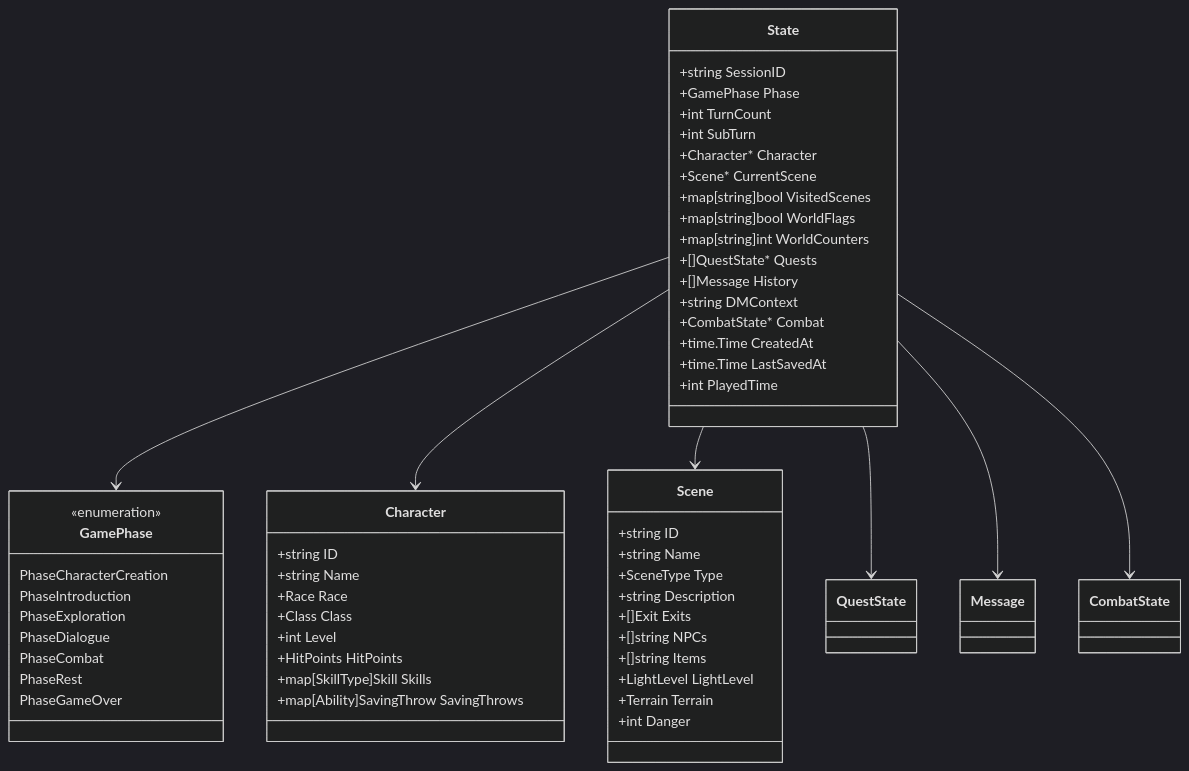
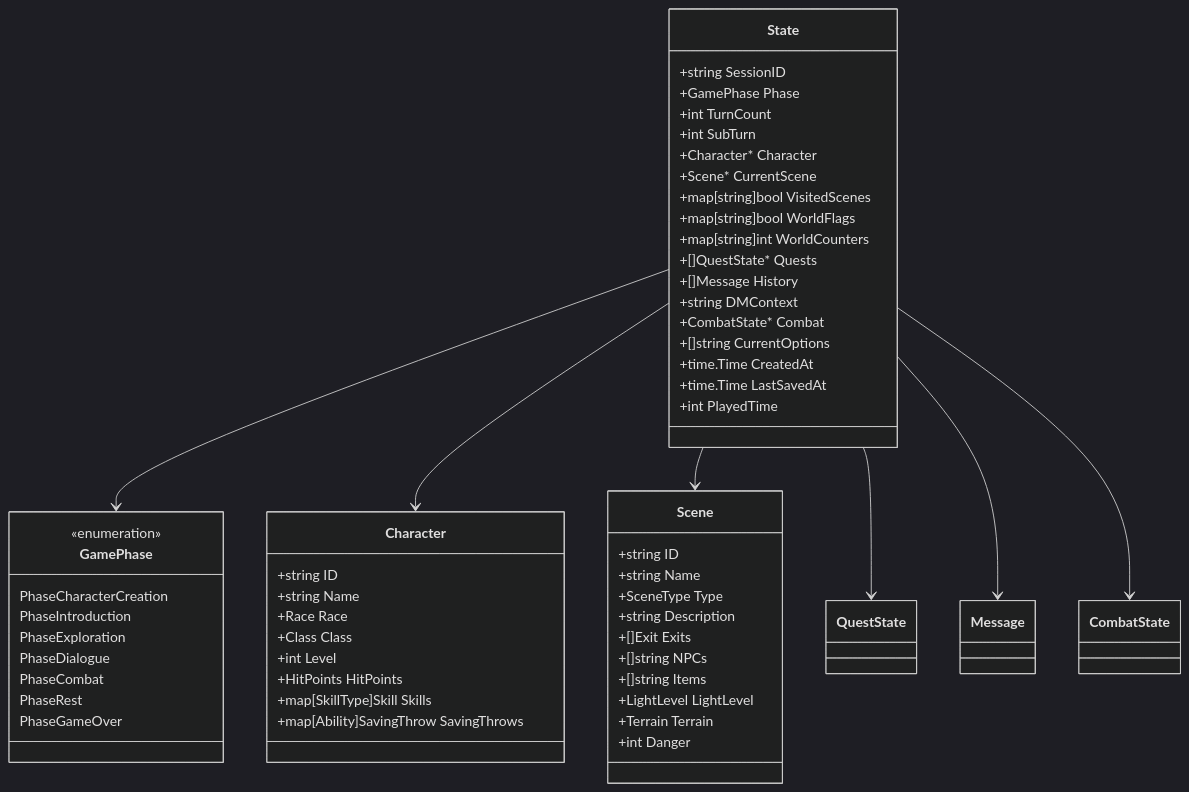
The second of 9 diagrams in .qoder/repowiki/zh/content/游戏引擎架构/状态管理系统.md (zwh8800/cdnd), drawn with Mermaid (dark theme) before and after one commit. The commit also changed other lines of this file and 5 other files, not shown here.

````diff
--- a/.qoder/repowiki/zh/content/游戏引擎架构/状态管理系统.md
+++ b/.qoder/repowiki/zh/content/游戏引擎架构/状态管理系统.md
@@ -86,59 +101,60 @@
 ```mermaid
 classDiagram
 class State {
 +string SessionID
 +GamePhase Phase
 +int TurnCount
 +int SubTurn
 +Character* Character
 +Scene* CurrentScene
 +map[string]bool VisitedScenes
 +map[string]bool WorldFlags
 +map[string]int WorldCounters
 +[]QuestState* Quests
 +[]Message History
 +string DMContext
 +CombatState* Combat
++[]string CurrentOptions
 +time.Time CreatedAt
 +time.Time LastSavedAt
 +int PlayedTime
 }
 class GamePhase {
 <<enumeration>>
 PhaseCharacterCreation
 PhaseIntroduction
 PhaseExploration
 PhaseDialogue
 PhaseCombat
 PhaseRest
 PhaseGameOver
 }
 class Character {
 +string ID
 +string Name
 +Race Race
 +Class Class
 +int Level
 +HitPoints HitPoints
 +map[SkillType]Skill Skills
 +map[Ability]SavingThrow SavingThrows
 }
 class Scene {
 +string ID
 +string Name
 +SceneType Type
 +string Description
 +[]Exit Exits
 +[]string NPCs
 +[]string Items
 +LightLevel LightLevel
 +Terrain Terrain
 +int Danger
 }
 State --> GamePhase
 State --> Character
 State --> Scene
 State --> QuestState
 State --> Message
 State --> CombatState
 ```
````
